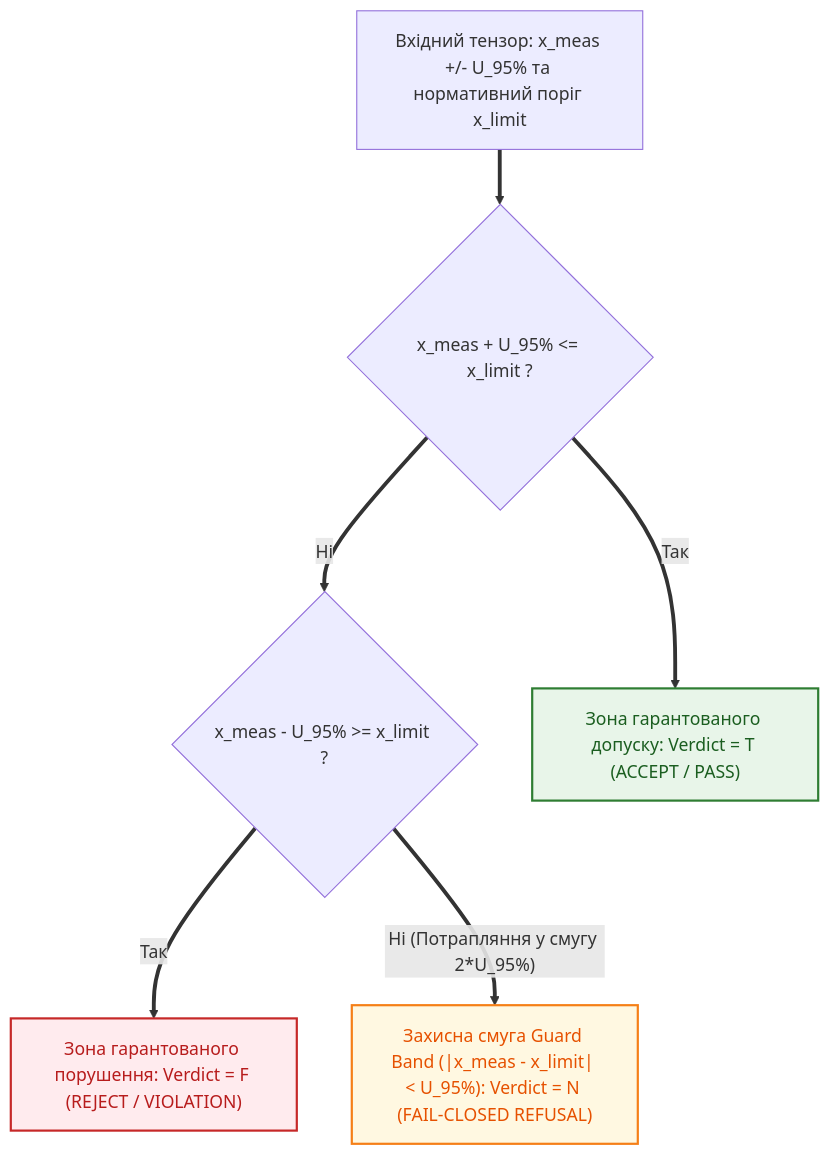
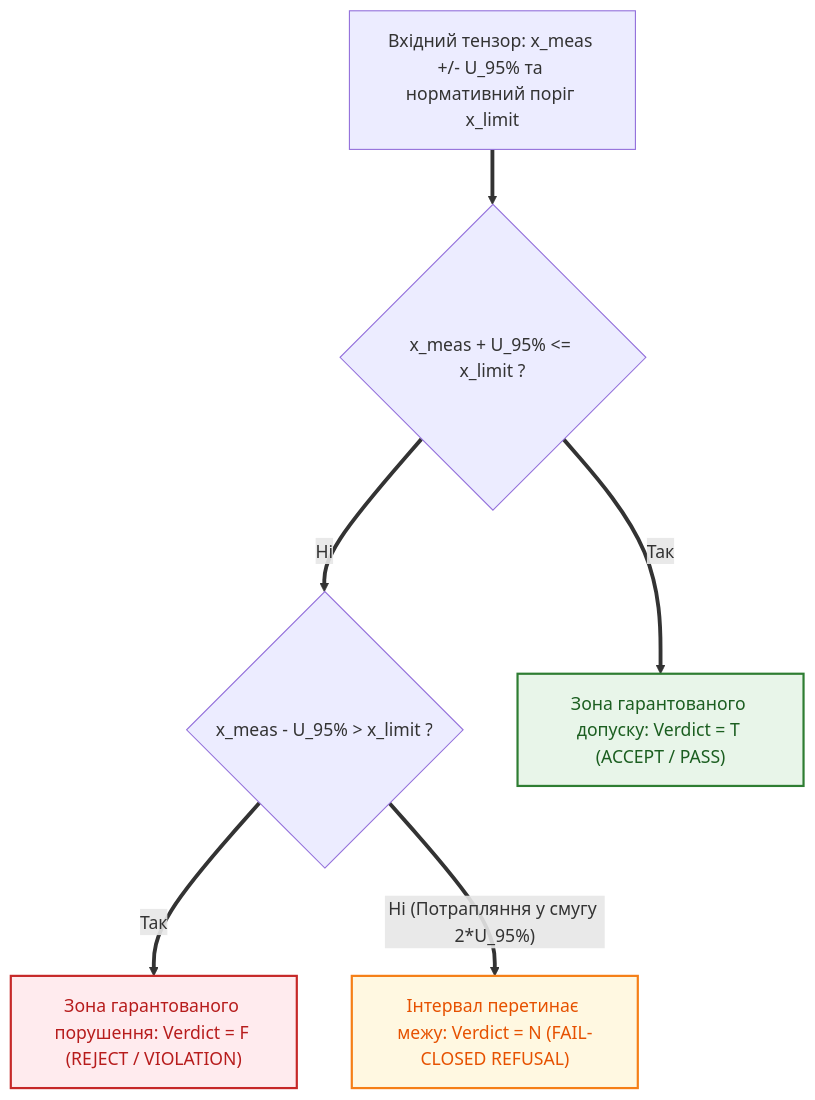
The third of 3 diagrams in Epistemic_Circuit_Theory/ch08-operational-units-adders-multipliers-comparators.md (nick-fedchik/articles), drawn with Mermaid before and after one commit. The commit also changed other lines of this file and 25 other files, not shown here.

````diff
--- a/Epistemic_Circuit_Theory/ch08-operational-units-adders-multipliers-comparators.md
+++ b/Epistemic_Circuit_Theory/ch08-operational-units-adders-multipliers-comparators.md
@@ -172,25 +181,25 @@
 ```mermaid
 flowchart TD
     accTitle: Рисунок 8.3. Зони прийняття рішень інтервального компаратора із захисною смугою ISO 14253-1
     accDescr: Розподіл діапазону вимірюваної величини на зону гарантованого допуску (T), захисну смугу невизначеності Guard Band (N) та зону гарантованого порушення (F).
 
     Input["Вхідний тензор: x_meas +/- U_95% та нормативний поріг x_limit"]
     CheckPass{"x_meas + U_95% <= x_limit ?"}
-    CheckFail{"x_meas - U_95% >= x_limit ?"}
+    CheckFail{"x_meas - U_95% > x_limit ?"}
     ZoneT["Зона гарантованого допуску: Verdict = T (ACCEPT / PASS)"]
     ZoneF["Зона гарантованого порушення: Verdict = F (REJECT / VIOLATION)"]
-    ZoneN["Захисна смуга Guard Band (|x_meas - x_limit| < U_95%): Verdict = N (FAIL-CLOSED REFUSAL)"]
+    ZoneN["Інтервал перетинає межу: Verdict = N (FAIL-CLOSED REFUSAL)"]
 
     Input ==> CheckPass
     CheckPass ==>|"Так"| ZoneT
     CheckPass ==>|"Ні"| CheckFail
     CheckFail ==>|"Так"| ZoneF
     CheckFail ==>|"Ні (Потрапляння у смугу 2*U_95%)"| ZoneN
 
     classDef pass fill:#e8f5e9,stroke:#2e7d32,stroke-width:2px,color:#1b5e20;
     classDef fail fill:#ffebee,stroke:#c62828,stroke-width:2px,color:#b71c1c;
     classDef guard fill:#fff8e1,stroke:#f57f17,stroke-width:2px,color:#e65100;
     class ZoneT pass;
     class ZoneF fail;
     class ZoneN guard;
 ```
````
